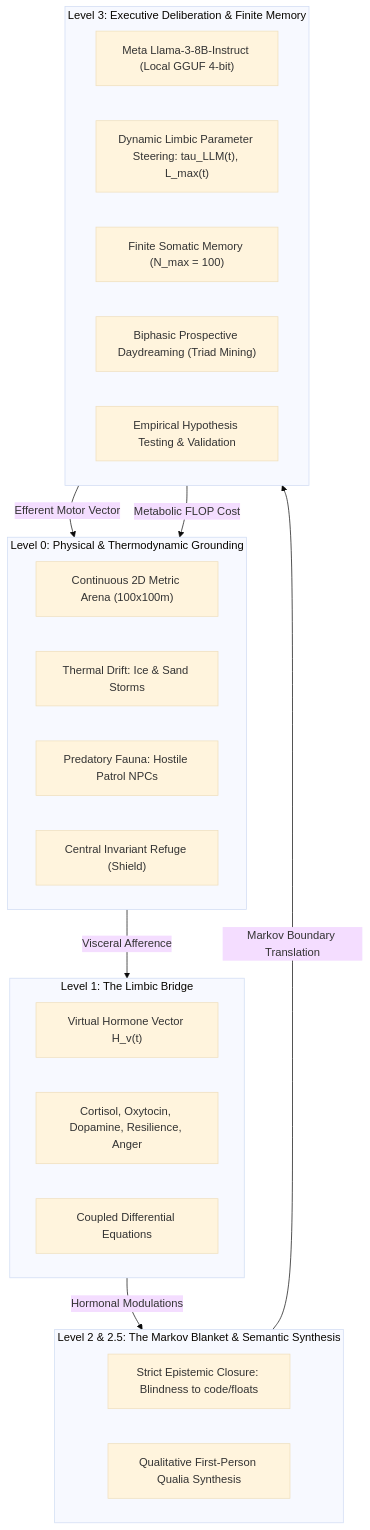
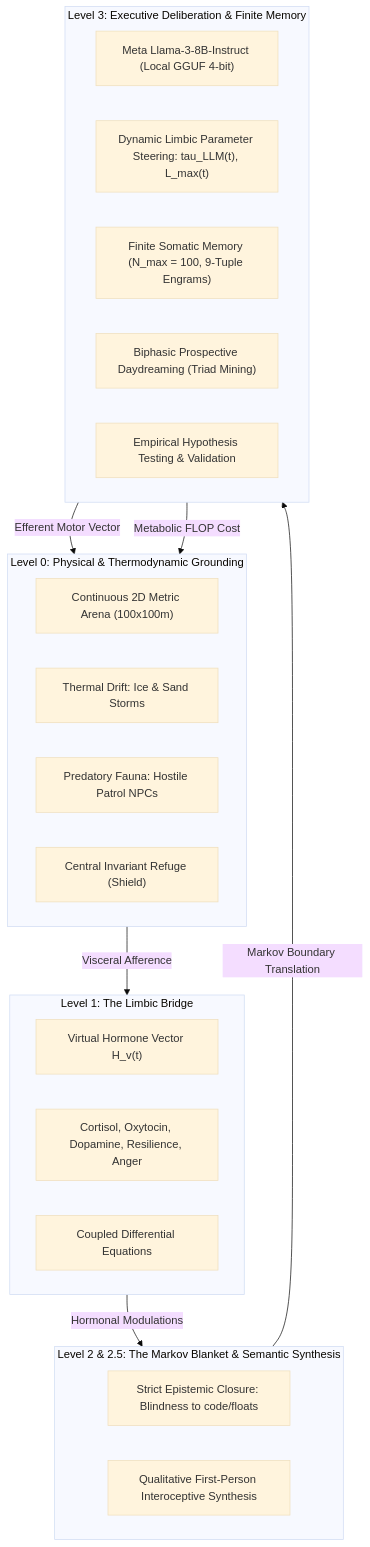
The diagram in README.md (Davidsnm/ascendant-synthetic-consciousness), drawn with Mermaid (base theme) before and after one commit. The commit also changed other lines of this file, not shown here.

````diff
--- a/README.md
+++ b/README.md
@@ -35,34 +45,34 @@
 ```mermaid
 flowchart TD
     subgraph L0["Level 0: Physical & Thermodynamic Grounding"]
         E0["Continuous 2D Metric Arena (100x100m)"]
         E1["Thermal Drift: Ice & Sand Storms"]
         E2["Predatory Fauna: Hostile Patrol NPCs"]
         E3["Central Invariant Refuge (Shield)"]
     end
 
     subgraph L1["Level 1: The Limbic Bridge"]
         H0["Virtual Hormone Vector H_v(t)"]
         H1["Cortisol, Oxytocin, Dopamine, Resilience, Anger"]
         H2["Coupled Differential Equations"]
     end
 
     subgraph L2["Level 2 & 2.5: The Markov Blanket & Semantic Synthesis"]
         MB["Strict Epistemic Closure: Blindness to code/floats"]
-        SS["Qualitative First-Person Qualia Synthesis"]
+        SS["Qualitative First-Person Interoceptive Synthesis"]
     end
 
     subgraph L3["Level 3: Executive Deliberation & Finite Memory"]
         LLM["Meta Llama-3-8B-Instruct (Local GGUF 4-bit)"]
         HYP["Dynamic Limbic Parameter Steering: tau_LLM(t), L_max(t)"]
-        MEM["Finite Somatic Memory (N_max = 100)"]
+        MEM["Finite Somatic Memory (N_max = 100, 9-Tuple Engrams)"]
         DAY["Biphasic Prospective Daydreaming (Triad Mining)"]
         VAL["Empirical Hypothesis Testing & Validation"]
     end
 
     L0 -->|Visceral Afference| L1
     L1 -->|Hormonal Modulations| L2
     L2 -->|Markov Boundary Translation| L3
     L3 -->|Efferent Motor Vector| L0
     L3 -->|Metabolic FLOP Cost| L0
 ```
````
